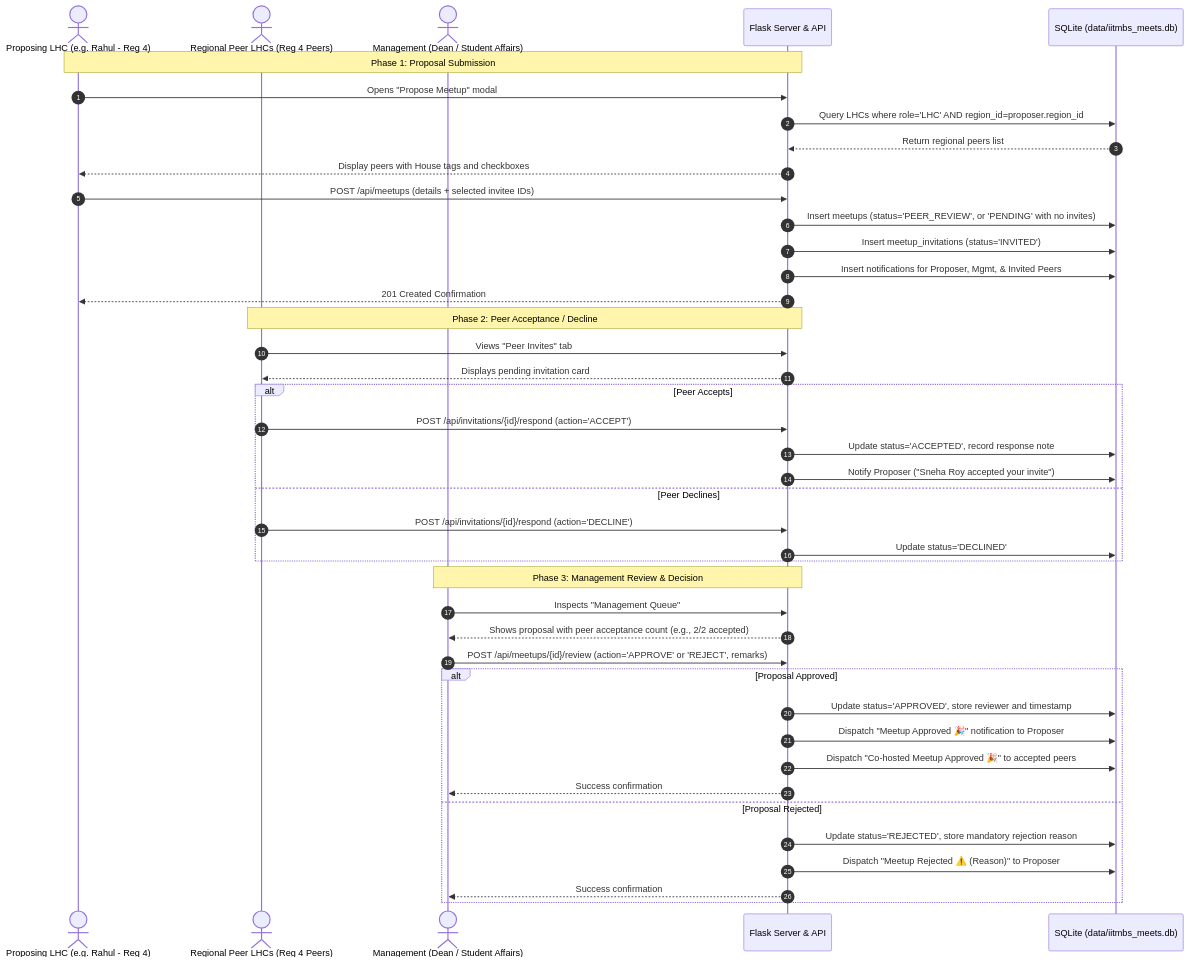
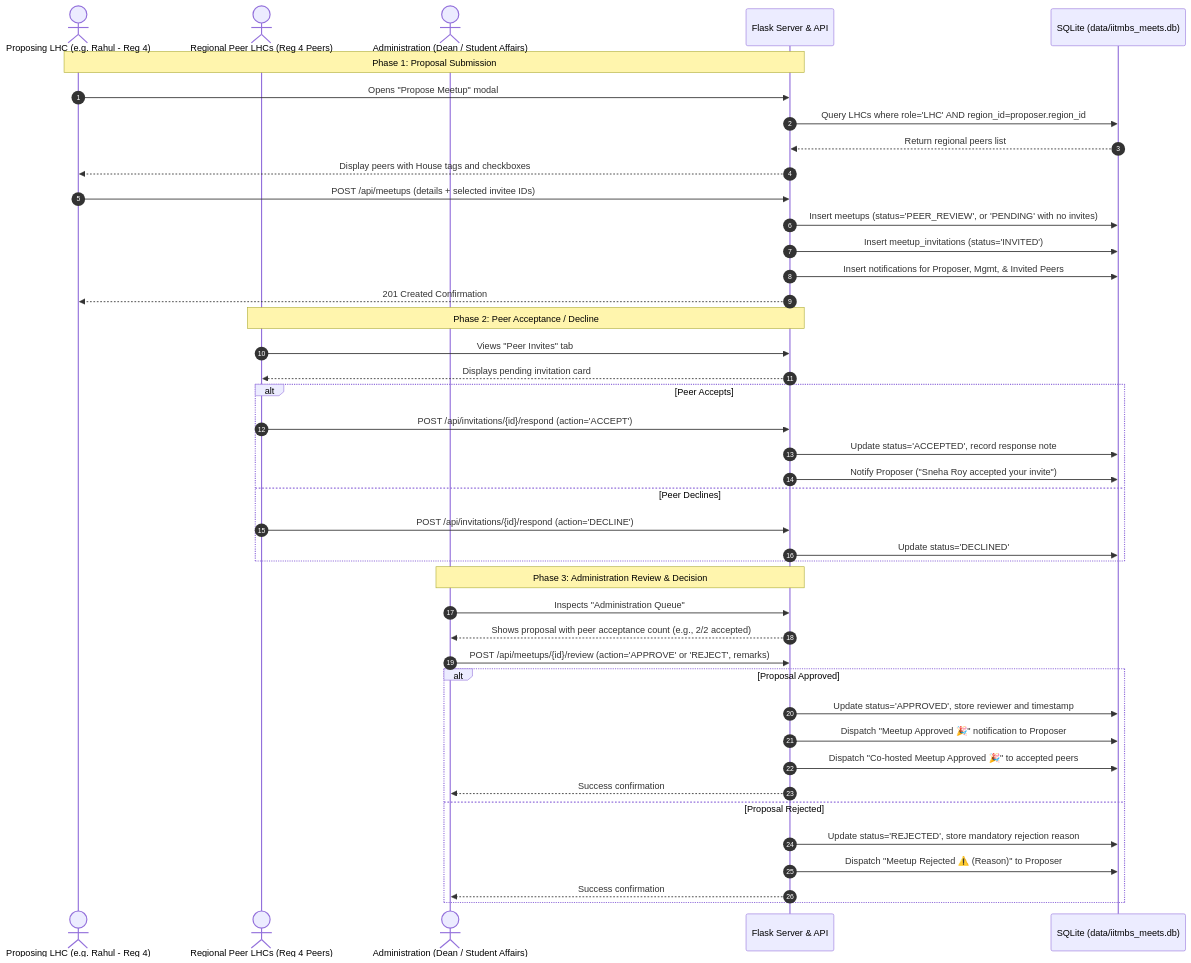
One commit to aas0nic/iitmbs-meets changed the second of 4 diagrams in WORKFLOW.md. Above: the diagram before and after it, drawn with Mermaid. The commit also changed other lines of this file and 31 other files, not shown here.

Commit message:
refactor: rename management role to administration and add people management API and view

````diff
--- a/WORKFLOW.md
+++ b/WORKFLOW.md
@@ -163,47 +164,47 @@
 ```mermaid
 sequenceDiagram
     autonumber
     actor Proposer as Proposing LHC (e.g. Rahul - Reg 4)
     actor Peer as Regional Peer LHCs (Reg 4 Peers)
-    actor Mgmt as Management (Dean / Student Affairs)
+    actor Mgmt as Administration (Dean / Student Affairs)
     participant Server as Flask Server & API
     participant DB as SQLite (data/iitmbs_meets.db)
 
     Note over Proposer, Server: Phase 1: Proposal Submission
     Proposer->>Server: Opens "Propose Meetup" modal
     Server->>DB: Query LHCs where role='LHC' AND region_id=proposer.region_id
     DB-->>Server: Return regional peers list
     Server-->>Proposer: Display peers with House tags and checkboxes
     Proposer->>Server: POST /api/meetups (details + selected invitee IDs)
     Server->>DB: Insert meetups (status='PEER_REVIEW', or 'PENDING' with no invites)
     Server->>DB: Insert meetup_invitations (status='INVITED')
     Server->>DB: Insert notifications for Proposer, Mgmt, & Invited Peers
     Server-->>Proposer: 201 Created Confirmation
 
     Note over Peer, Server: Phase 2: Peer Acceptance / Decline
     Peer->>Server: Views "Peer Invites" tab
     Server-->>Peer: Displays pending invitation card
     alt Peer Accepts
         Peer->>Server: POST /api/invitations/{id}/respond (action='ACCEPT')
         Server->>DB: Update status='ACCEPTED', record response note
         Server->>DB: Notify Proposer ("Sneha Roy accepted your invite")
     else Peer Declines
         Peer->>Server: POST /api/invitations/{id}/respond (action='DECLINE')
         Server->>DB: Update status='DECLINED'
     end
 
-    Note over Mgmt, Server: Phase 3: Management Review & Decision
-    Mgmt->>Server: Inspects "Management Queue"
+    Note over Mgmt, Server: Phase 3: Administration Review & Decision
+    Mgmt->>Server: Inspects "Administration Queue"
     Server-->>Mgmt: Shows proposal with peer acceptance count (e.g., 2/2 accepted)
     Mgmt->>Server: POST /api/meetups/{id}/review (action='APPROVE' or 'REJECT', remarks)
     alt Proposal Approved
         Server->>DB: Update status='APPROVED', store reviewer and timestamp
         Server->>DB: Dispatch "Meetup Approved 🎉" notification to Proposer
         Server->>DB: Dispatch "Co-hosted Meetup Approved 🎉" to accepted peers
         Server-->>Mgmt: Success confirmation
     else Proposal Rejected
         Server->>DB: Update status='REJECTED', store mandatory rejection reason
         Server->>DB: Dispatch "Meetup Rejected ⚠️ (Reason)" to Proposer
         Server-->>Mgmt: Success confirmation
     end
 ```
````
